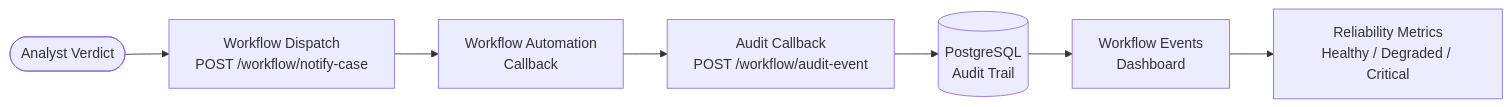
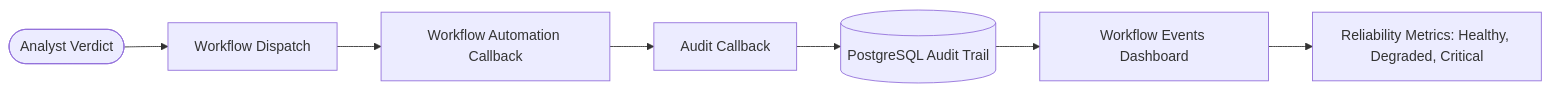
Before and after one commit to IjazKakkodDS/transaction-fraud-intelligence-console: the sixth of 6 diagrams in README.md, drawn with Mermaid. The commit also changed other lines of this file and 3 other files, not shown here.

````diff
--- a/README.md
+++ b/README.md
@@ -336,9 +336,9 @@
 ```mermaid
 flowchart LR
-    A([Analyst Verdict]) --> B[Workflow Dispatch\nPOST /workflow/notify-case]
-    B --> C[Workflow Automation\nCallback]
-    C --> D[Audit Callback\nPOST /workflow/audit-event]
-    D --> E[(PostgreSQL\nAudit Trail)]
-    E --> F[Workflow Events\nDashboard]
-    F --> G[Reliability Metrics\nHealthy / Degraded / Critical]
+    A(["Analyst Verdict"]) --> B["Workflow Dispatch"]
+    B --> C["Workflow Automation Callback"]
+    C --> D["Audit Callback"]
+    D --> E[("PostgreSQL Audit Trail")]
+    E --> F["Workflow Events Dashboard"]
+    F --> G["Reliability Metrics: Healthy, Degraded, Critical"]
 ```
````
